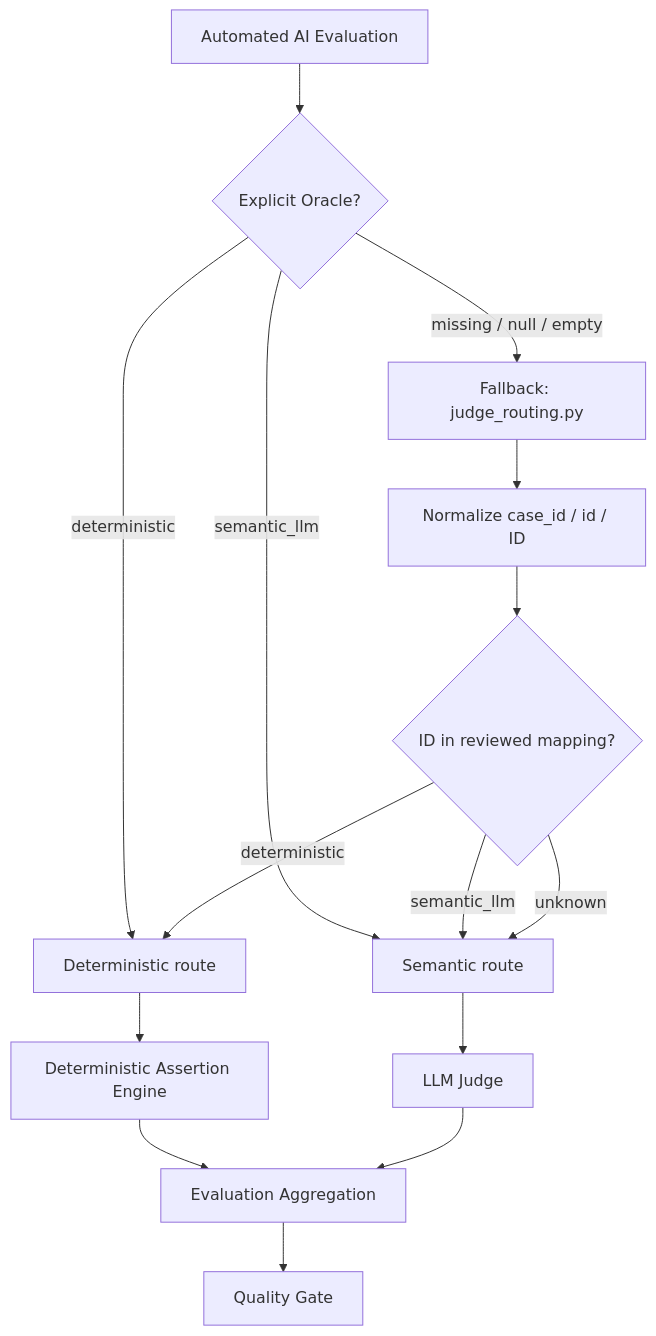
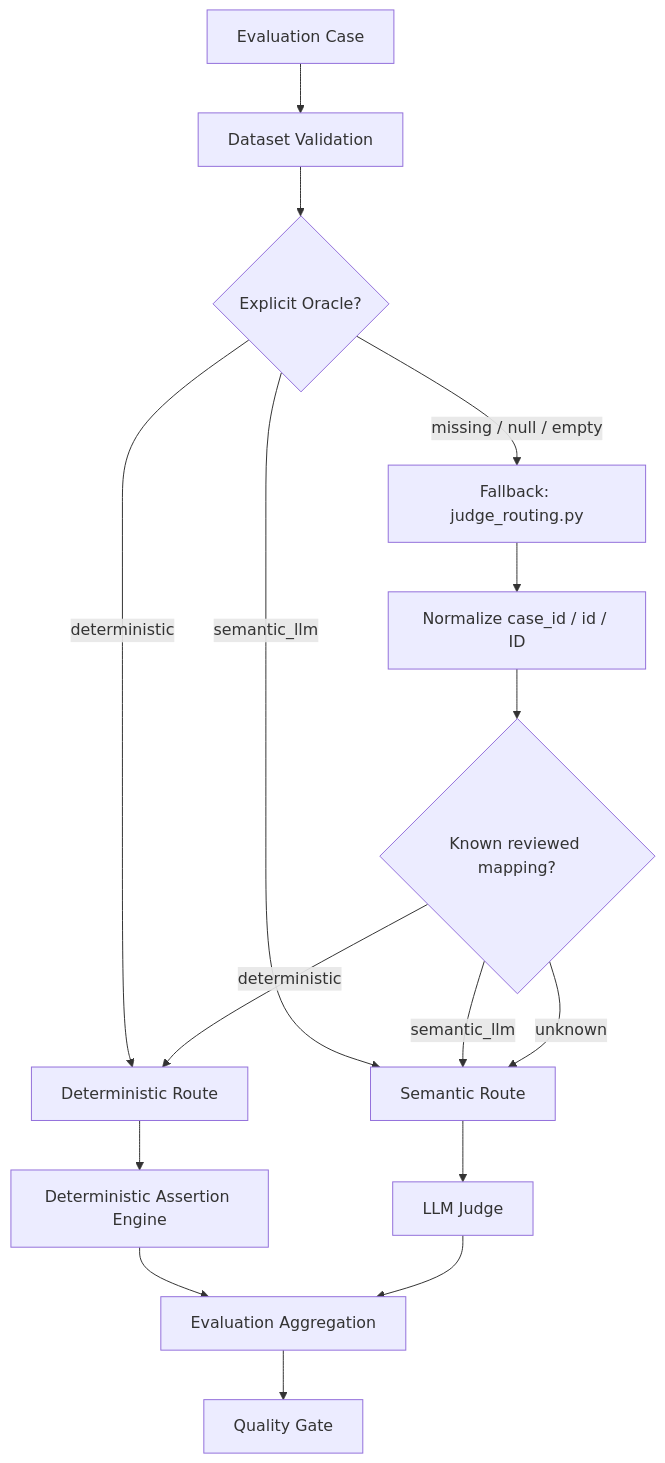
The second of 5 diagrams in README.md (oleksandrserhieiev-beep/ai-qe-lab), drawn with Mermaid before and after one commit. The commit also changed other lines of this file, not shown here.

Commit message:
Align README with implemented adaptive RAG architecture

````diff
--- a/README.md
+++ b/README.md
@@ -56,17 +81,18 @@
 ```mermaid
 flowchart TD
-    A[Automated AI Evaluation] --> O{Explicit Oracle?}
-    O -->|deterministic| D[Deterministic route]
-    O -->|semantic_llm| S[Semantic route]
+    A[Evaluation Case] --> V[Dataset Validation]
+    V --> O{Explicit Oracle?}
+    O -->|deterministic| D[Deterministic Route]
+    O -->|semantic_llm| S[Semantic Route]
     O -->|missing / null / empty| F[Fallback: judge_routing.py]
     F --> ID[Normalize case_id / id / ID]
-    ID --> M{ID in reviewed mapping?}
+    ID --> M{Known reviewed mapping?}
     M -->|deterministic| D
     M -->|semantic_llm| S
     M -->|unknown| S
     D --> ENG[Deterministic Assertion Engine]
     S --> L[LLM Judge]
     ENG --> R[Evaluation Aggregation]
     L --> R
     R --> G[Quality Gate]
 ```
````
